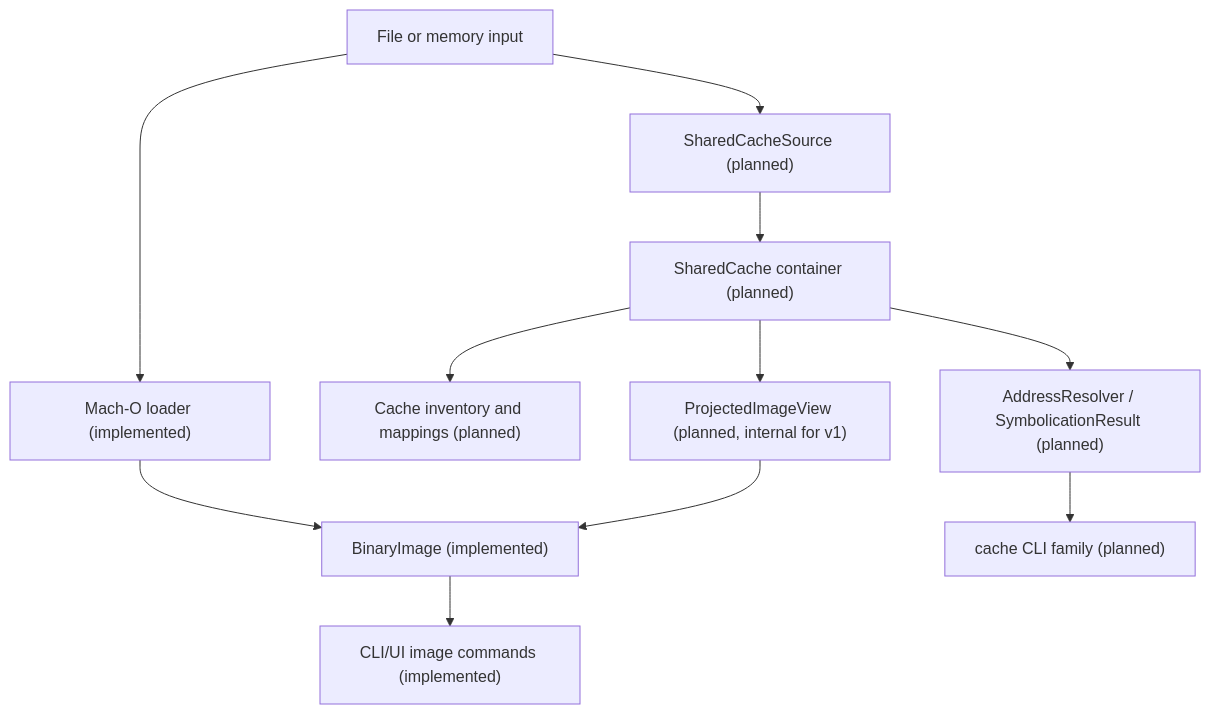
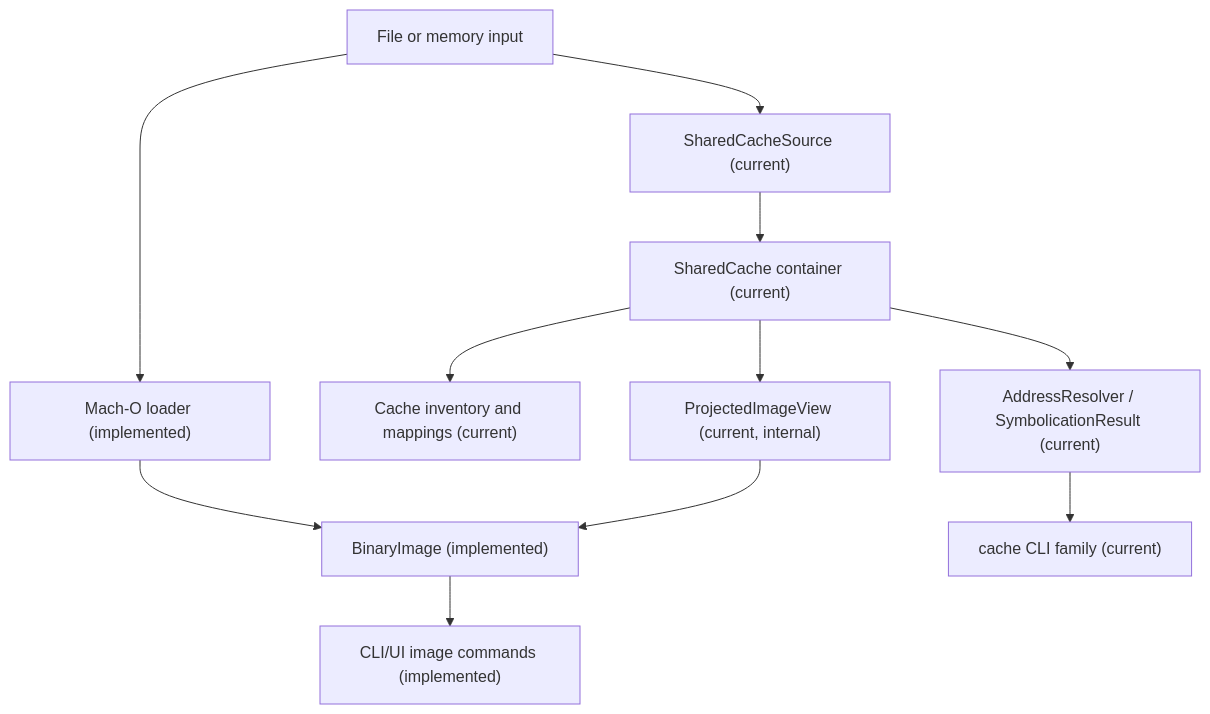
The first of 2 diagrams in docs/architecture/apple-runtime-analysis-architecture.md (theroutercompany/damsel-disasm), drawn with Mermaid before and after one commit. The commit also changed other lines of this file and 18 other files, not shown here.

Commit message:
wave2: add projected shared-cache image workflows

````diff
--- a/docs/architecture/apple-runtime-analysis-architecture.md
+++ b/docs/architecture/apple-runtime-analysis-architecture.md
@@ -174,13 +172,13 @@
 ```mermaid
 flowchart TD
   A["File or memory input"] --> B["Mach-O loader (implemented)"]
-  A --> C["SharedCacheSource (planned)"]
+  A --> C["SharedCacheSource (current)"]
   B --> D["BinaryImage (implemented)"]
   D --> E["CLI/UI image commands (implemented)"]
-  C --> F["SharedCache container (planned)"]
-  F --> G["Cache inventory and mappings (planned)"]
-  F --> H["AddressResolver / SymbolicationResult (planned)"]
-  F --> I["ProjectedImageView (planned, internal for v1)"]
+  C --> F["SharedCache container (current)"]
+  F --> G["Cache inventory and mappings (current)"]
+  F --> H["AddressResolver / SymbolicationResult (current)"]
+  F --> I["ProjectedImageView (current, internal)"]
   I --> D
-  H --> J["cache CLI family (planned)"]
+  H --> J["cache CLI family (current)"]
 ```
````
